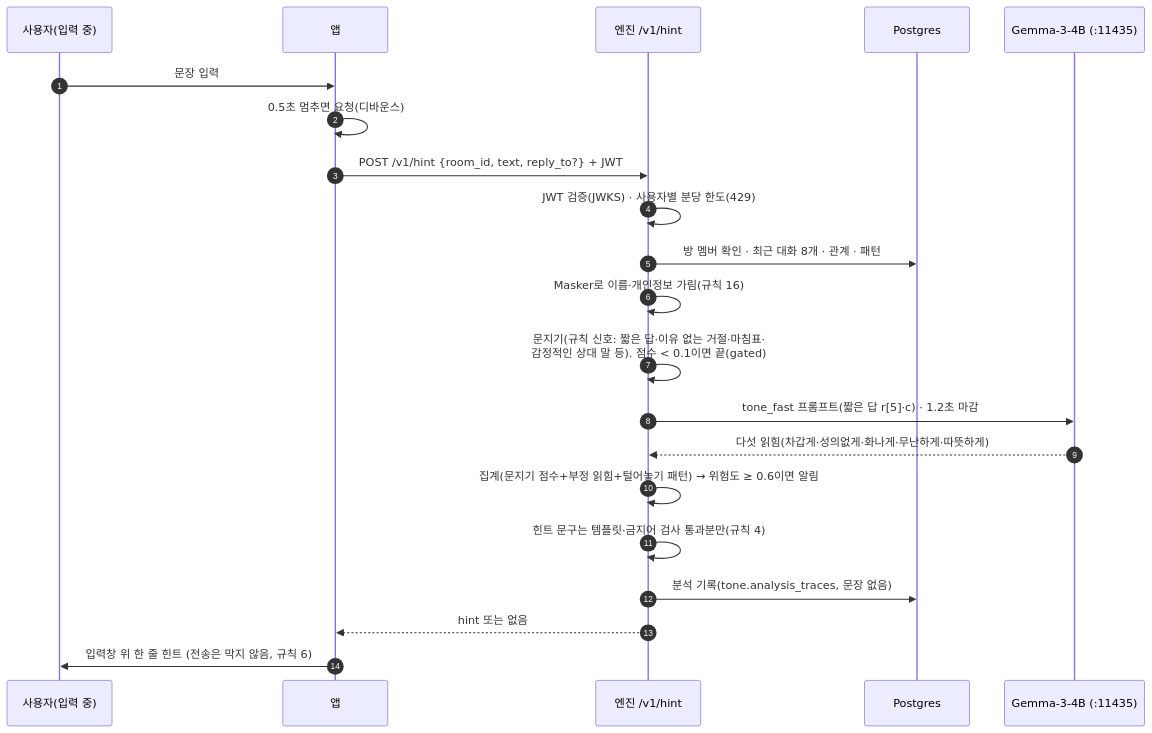
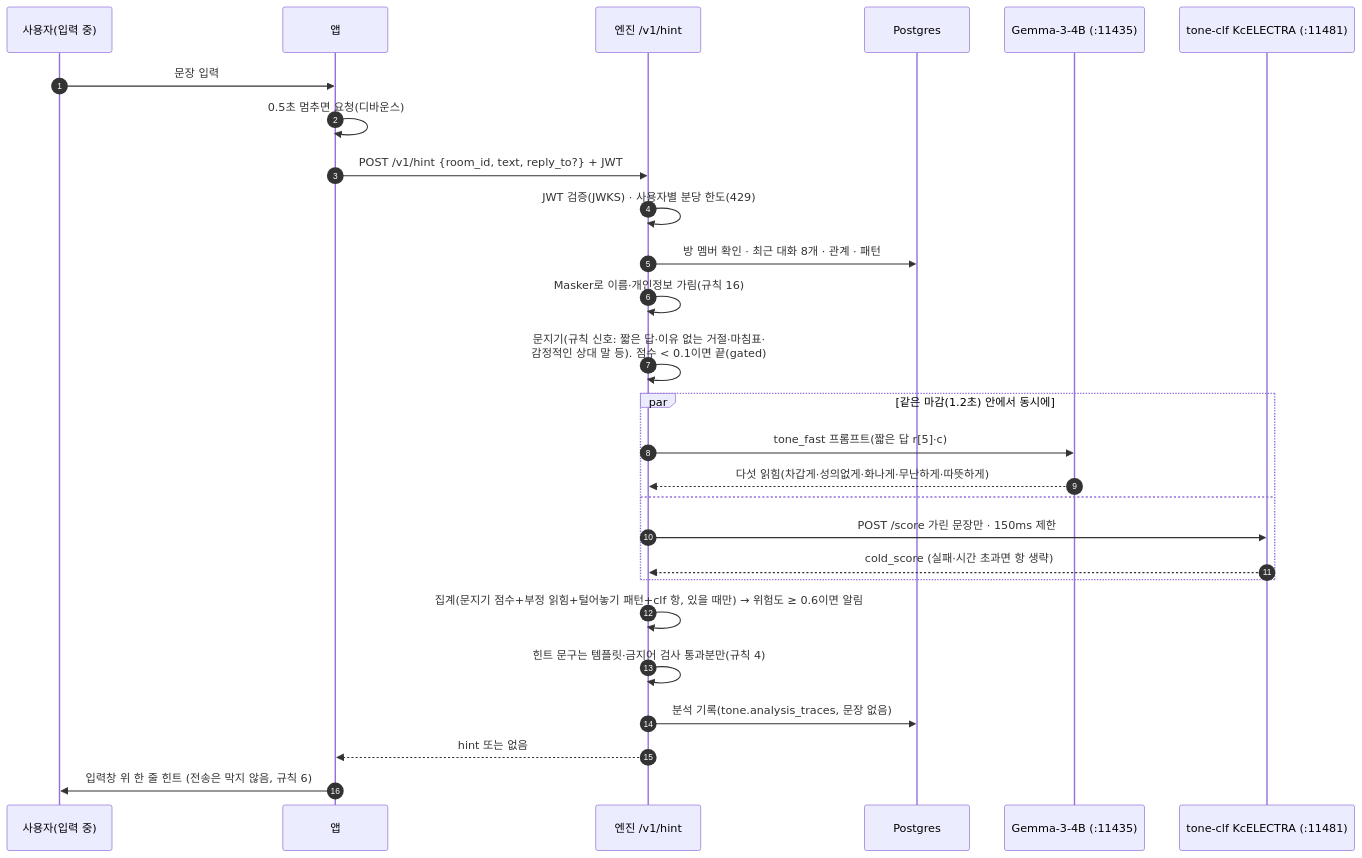
The second of 8 diagrams in docs/architecture-diagrams.md (Daegyu519/Adventure_Design), drawn with Mermaid before and after one commit. The commit also changed other lines of this file and 22 other files, not shown here.

Commit message:
P-28: 학습된 판별기(KcELECTRA)를 집계의 가중 항 clf로 연결 (tone-clf :11481, weights.clf=2.0)

````diff
--- a/docs/architecture-diagrams.md
+++ b/docs/architecture-diagrams.md
@@ -78,24 +80,30 @@
 ```mermaid
 sequenceDiagram
   autonumber
   participant U as 사용자(입력 중)
   participant A as 앱
   participant E as 엔진 /v1/hint
   participant D as Postgres
   participant G as Gemma-3-4B (:11435)
+  participant K as tone-clf KcELECTRA (:11481)
 
   U->>A: 문장 입력
   A->>A: 0.5초 멈추면 요청(디바운스)
   A->>E: POST /v1/hint {room_id, text, reply_to?} + JWT
   E->>E: JWT 검증(JWKS) · 사용자별 분당 한도(429)
   E->>D: 방 멤버 확인 · 최근 대화 8개 · 관계 · 패턴
   E->>E: Masker로 이름·개인정보 가림(규칙 16)
   E->>E: 문지기(규칙 신호: 짧은 답·이유 없는 거절·마침표·<br/>감정적인 상대 말 등). 점수 < 0.1이면 끝(gated)
-  E->>G: tone_fast 프롬프트(짧은 답 r[5]·c) · 1.2초 마감
-  G-->>E: 다섯 읽힘(차갑게·성의없게·화나게·무난하게·따뜻하게)
-  E->>E: 집계(문지기 점수+부정 읽힘+털어놓기 패턴) → 위험도 ≥ 0.6이면 알림
+  par 같은 마감(1.2초) 안에서 동시에
+    E->>G: tone_fast 프롬프트(짧은 답 r[5]·c)
+    G-->>E: 다섯 읽힘(차갑게·성의없게·화나게·무난하게·따뜻하게)
+  and
+    E->>K: POST /score 가린 문장만 · 150ms 제한
+    K-->>E: cold_score (실패·시간 초과면 항 생략)
+  end
+  E->>E: 집계(문지기 점수+부정 읽힘+털어놓기 패턴+clf 항, 있을 때만) → 위험도 ≥ 0.6이면 알림
   E->>E: 힌트 문구는 템플릿·금지어 검사 통과분만(규칙 4)
   E->>D: 분석 기록(tone.analysis_traces, 문장 없음)
   E-->>A: hint 또는 없음
   A->>U: 입력창 위 한 줄 힌트 (전송은 막지 않음, 규칙 6)
 ```
````
